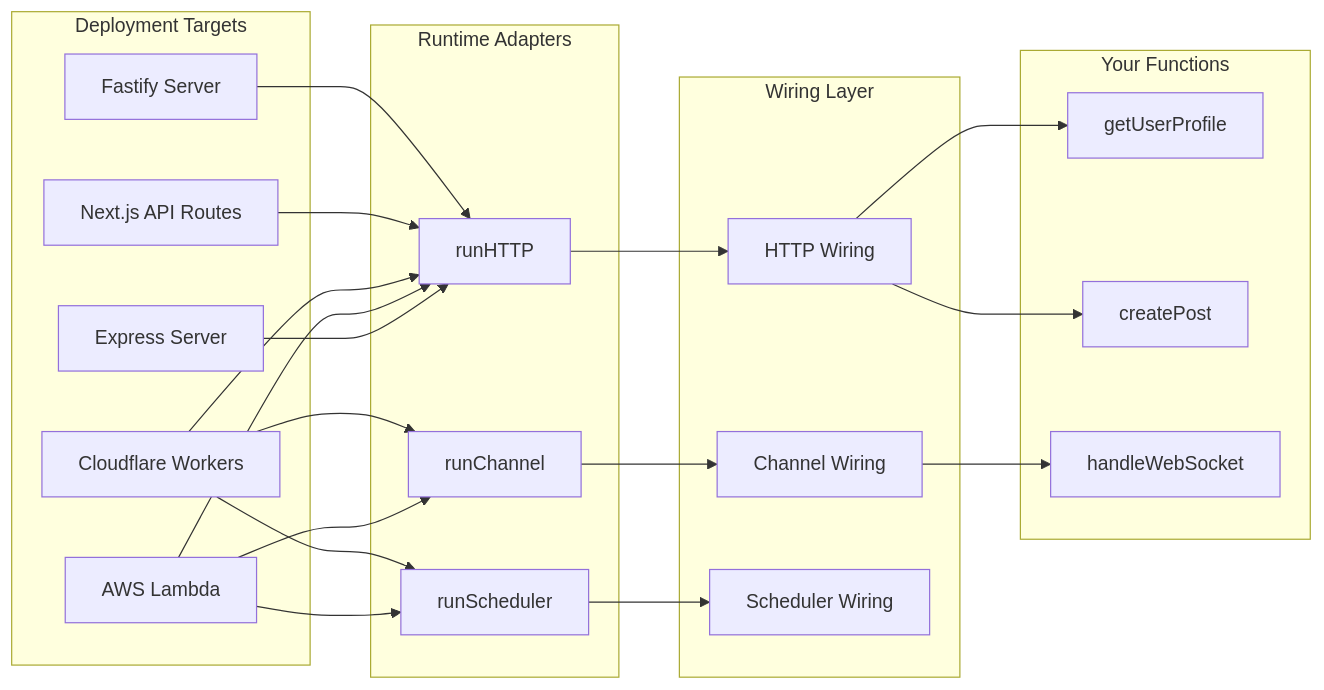
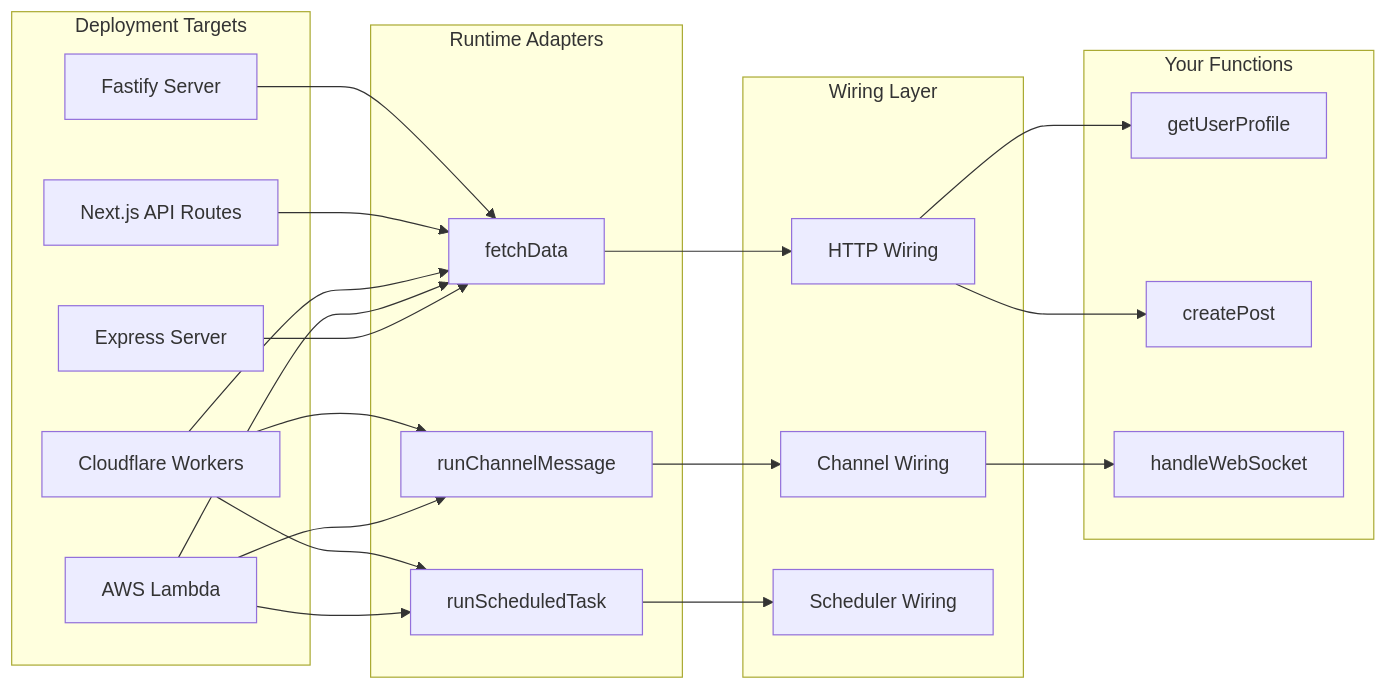
Before and after one commit to pikkujs/website: the third of 4 diagrams in docs/philosophy/architecture.md, drawn with Mermaid. The commit also changed other lines of this file and 80 other files, not shown here.

````diff
--- a/docs/philosophy/architecture.md
+++ b/docs/philosophy/architecture.md
@@ -137,46 +137,46 @@
 ```mermaid
 graph LR
     subgraph "Deployment Targets"
         D1[Express Server]
         D2[AWS Lambda]
         D3[Cloudflare Workers]
         D4[Next.js API Routes]
         D5[Fastify Server]
     end
     
     subgraph "Runtime Adapters"
-        R1[runHTTP]
-        R2[runChannel]
-        R3[runScheduler]
+        R1[fetchData]
+        R2[runChannelMessage]
+        R3[runScheduledTask]
     end
     
     subgraph "Wiring Layer"
         W1[HTTP Wiring]
         W2[Channel Wiring]
         W3[Scheduler Wiring]
     end
     
     subgraph "Your Functions"
         F1[getUserProfile]
         F2[createPost] 
         F3[handleWebSocket]
     end
     
     D1 --> R1
     D2 --> R1
     D2 --> R2
     D2 --> R3
     D3 --> R1
     D3 --> R2
     D3 --> R3
     D4 --> R1
     D5 --> R1
     
     R1 --> W1
     R2 --> W2
     R3 --> W3
     
     W1 --> F1
     W1 --> F2
     W2 --> F3
 ```
````
